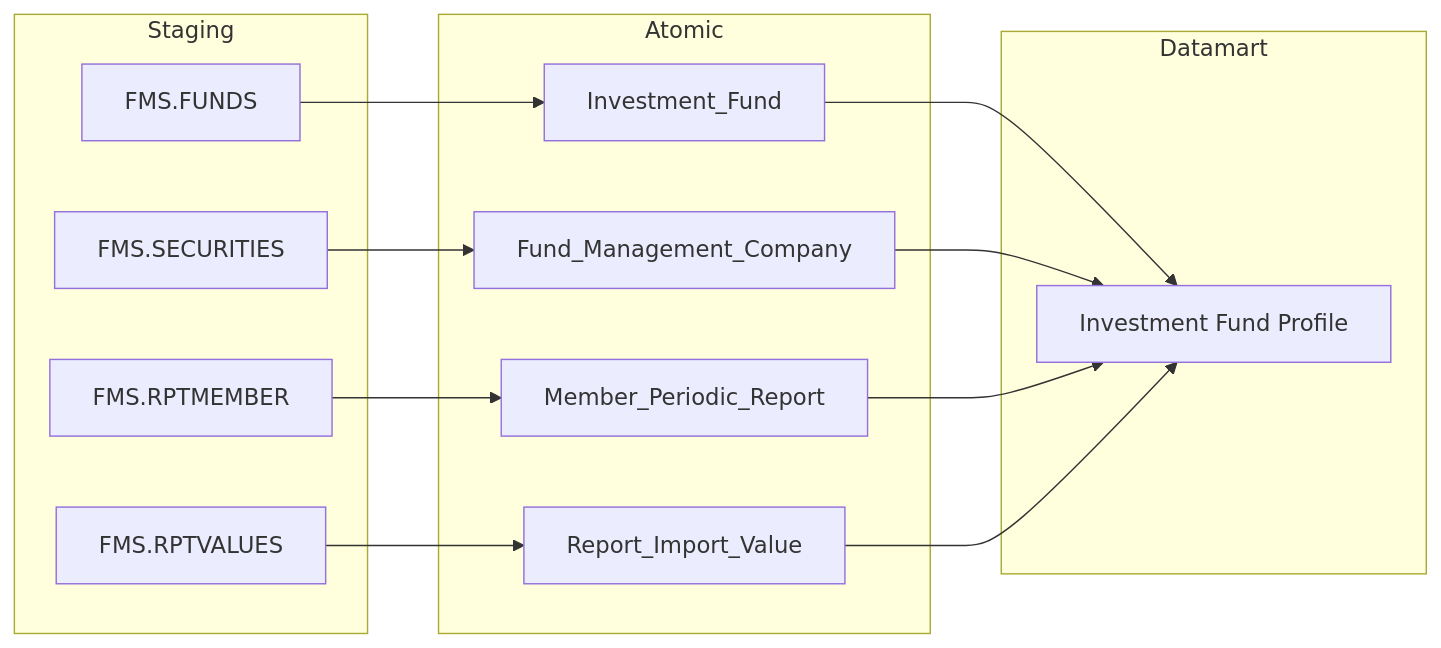
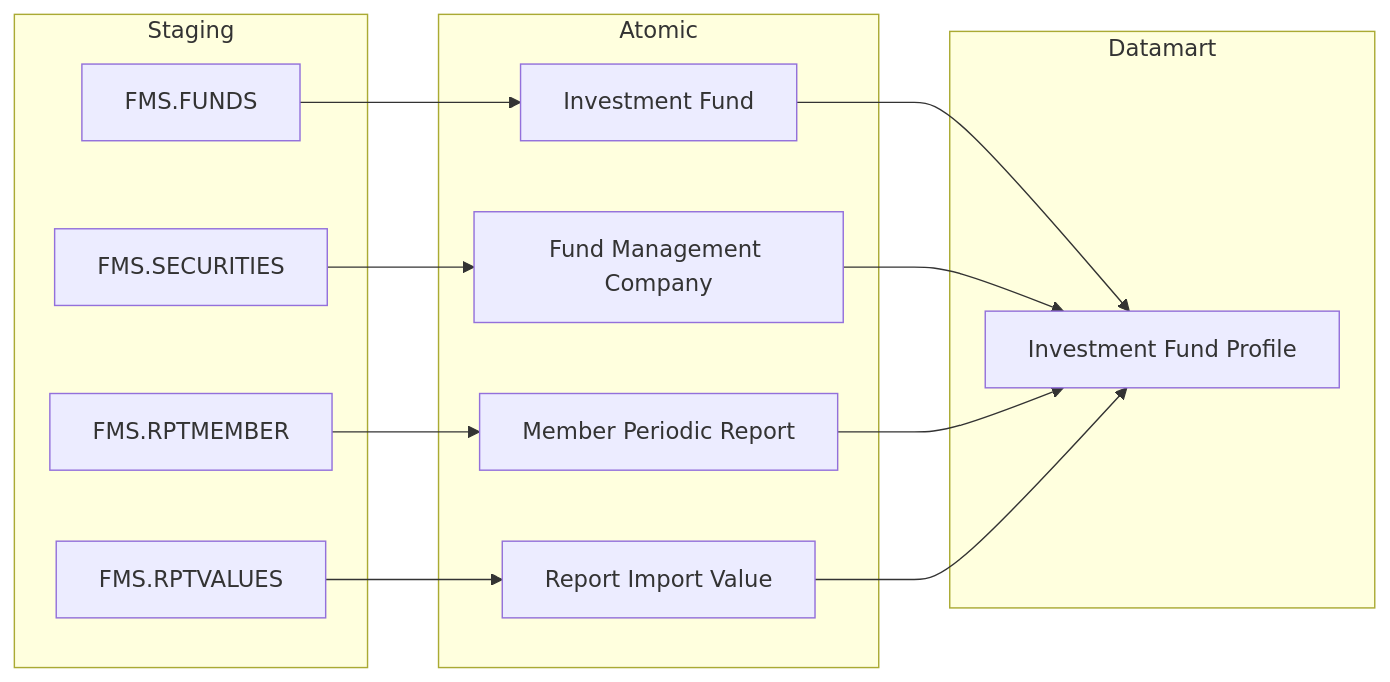
The ninth of 11 diagrams in docs/output/datamart/FMS/DTM_FMS_PTTK.md (linhlvit/ubck_atomic_design), drawn with Mermaid before and after one commit. The commit also changed other lines of this file and 34 other files, not shown here.

````diff
--- a/docs/output/datamart/FMS/DTM_FMS_PTTK.md
+++ b/docs/output/datamart/FMS/DTM_FMS_PTTK.md
@@ -344,26 +480,30 @@
 ```mermaid
 flowchart LR
-  subgraph Staging
-    FMS_FUNDS["FMS.FUNDS"]
-    FMS_SECURITIES["FMS.SECURITIES"]
-    FMS_RPTMEMBER["FMS.RPTMEMBER"]
-    FMS_RPTVALUES["FMS.RPTVALUES"]
-  end
-  subgraph Atomic
-    Investment_Fund
-    Fund_Management_Company
-    Member_Periodic_Report
-    Report_Import_Value
-  end
-  subgraph Datamart
-    ivsm_fnd_prfl["Investment Fund Profile"]
-  end
-  FMS_FUNDS --> Investment_Fund
-  FMS_SECURITIES --> Fund_Management_Company
-  FMS_RPTMEMBER --> Member_Periodic_Report
-  FMS_RPTVALUES --> Report_Import_Value
-  Investment_Fund --> ivsm_fnd_prfl
-  Fund_Management_Company --> ivsm_fnd_prfl
-  Member_Periodic_Report --> ivsm_fnd_prfl
-  Report_Import_Value --> ivsm_fnd_prfl
+    subgraph Staging
+        S1["FMS.FUNDS"]
+        S2["FMS.SECURITIES"]
+        S3["FMS.RPTMEMBER"]
+        S4["FMS.RPTVALUES"]
+    end
+
+    subgraph Atomic
+        SV1["Investment Fund"]
+        SV2["Fund Management Company"]
+        SV3["Member Periodic Report"]
+        SV4["Report Import Value"]
+    end
+
+    subgraph Datamart
+        G1["Investment Fund Profile"]
+    end
+
+    S1 --> SV1
+    S2 --> SV2
+    S3 --> SV3
+    S4 --> SV4
+
+    SV1 --> G1
+    SV2 --> G1
+    SV3 --> G1
+    SV4 --> G1
 ```
````
